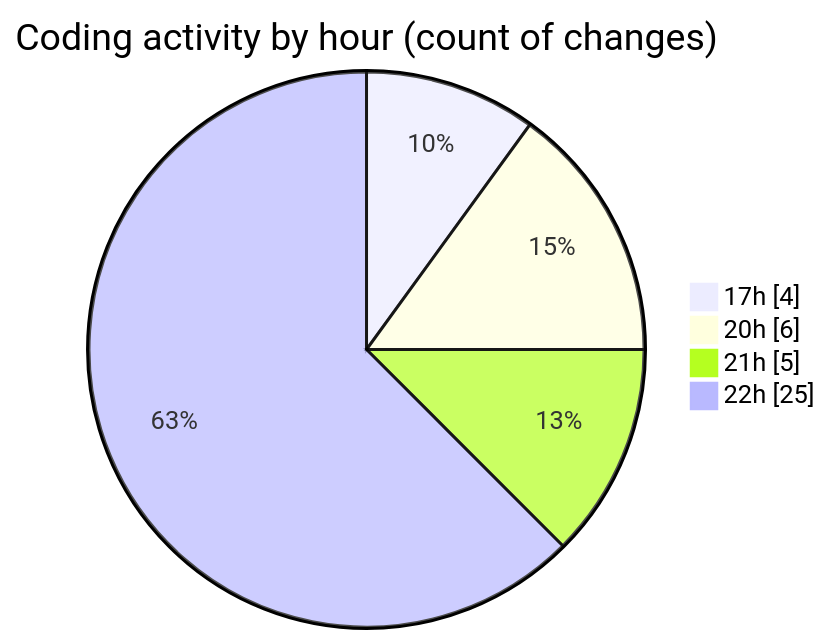
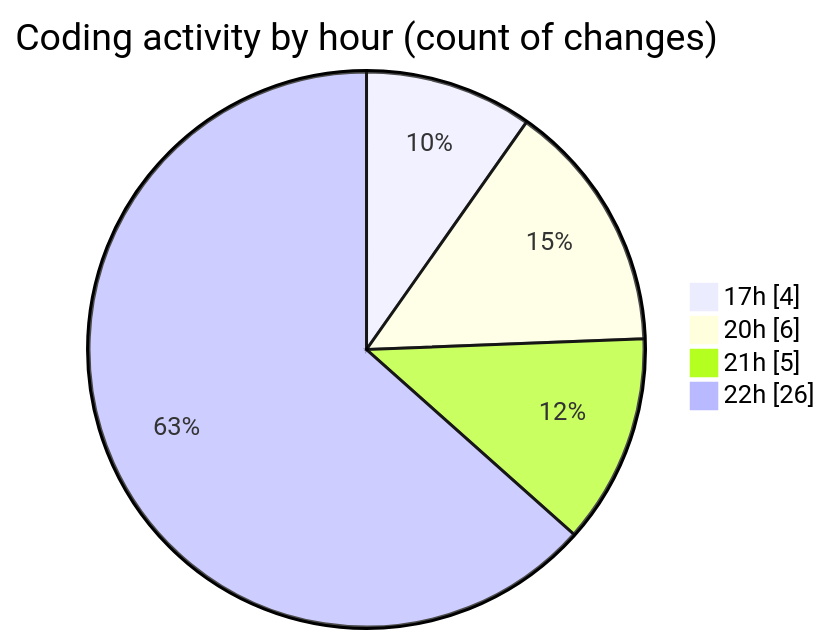
Before and after one commit to idhammustaqopulfikri/code-tracking: the second of 2 diagrams in 2025-05-16/booking/README.md, drawn with Mermaid. The commit also changed other lines of this file and 1 other file, not shown here.

````diff
--- a/2025-05-16/booking/README.md
+++ b/2025-05-16/booking/README.md
@@ -48,8 +48,8 @@
 ```mermaid
 pie showData
 title Coding activity by hour (count of changes)
 "17h" : 4
 "20h" : 6
 "21h" : 5
-"22h" : 25
+"22h" : 26
 ```
````
